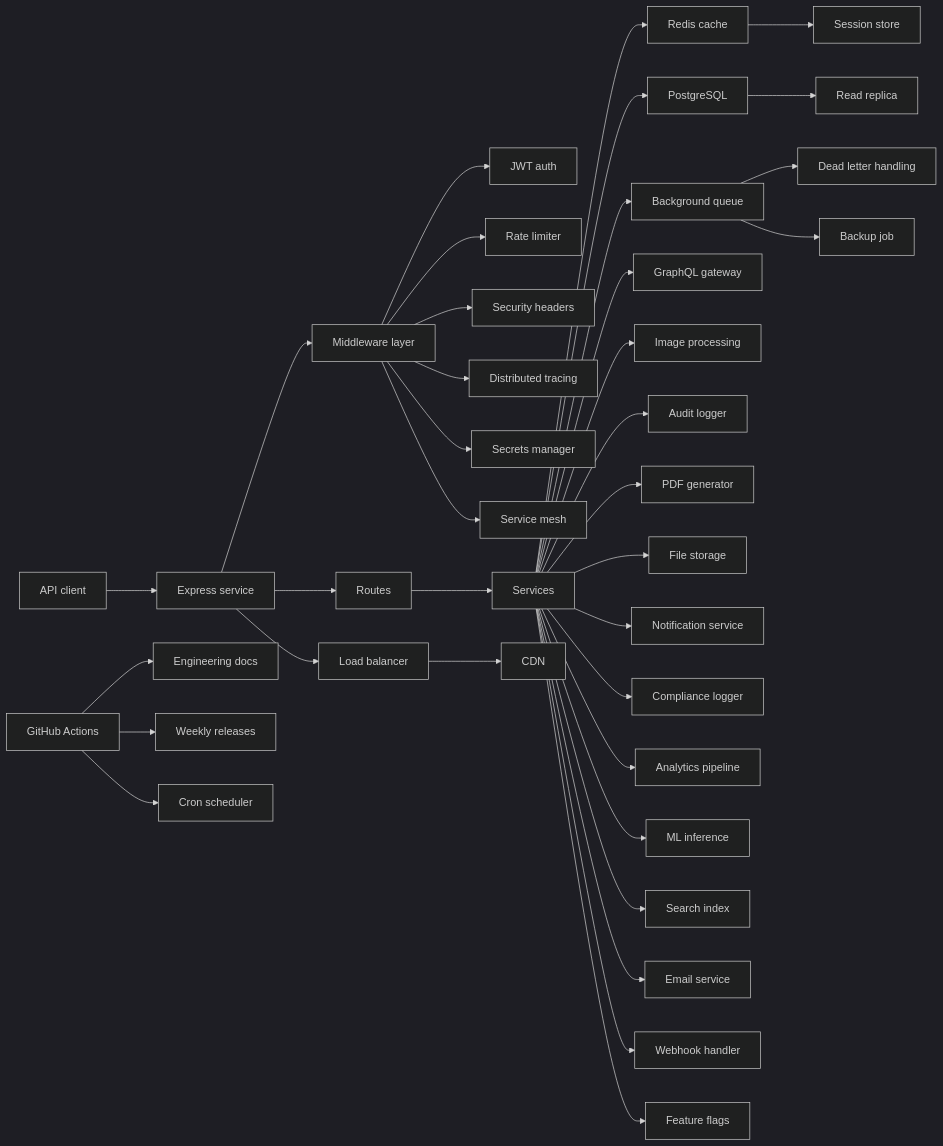
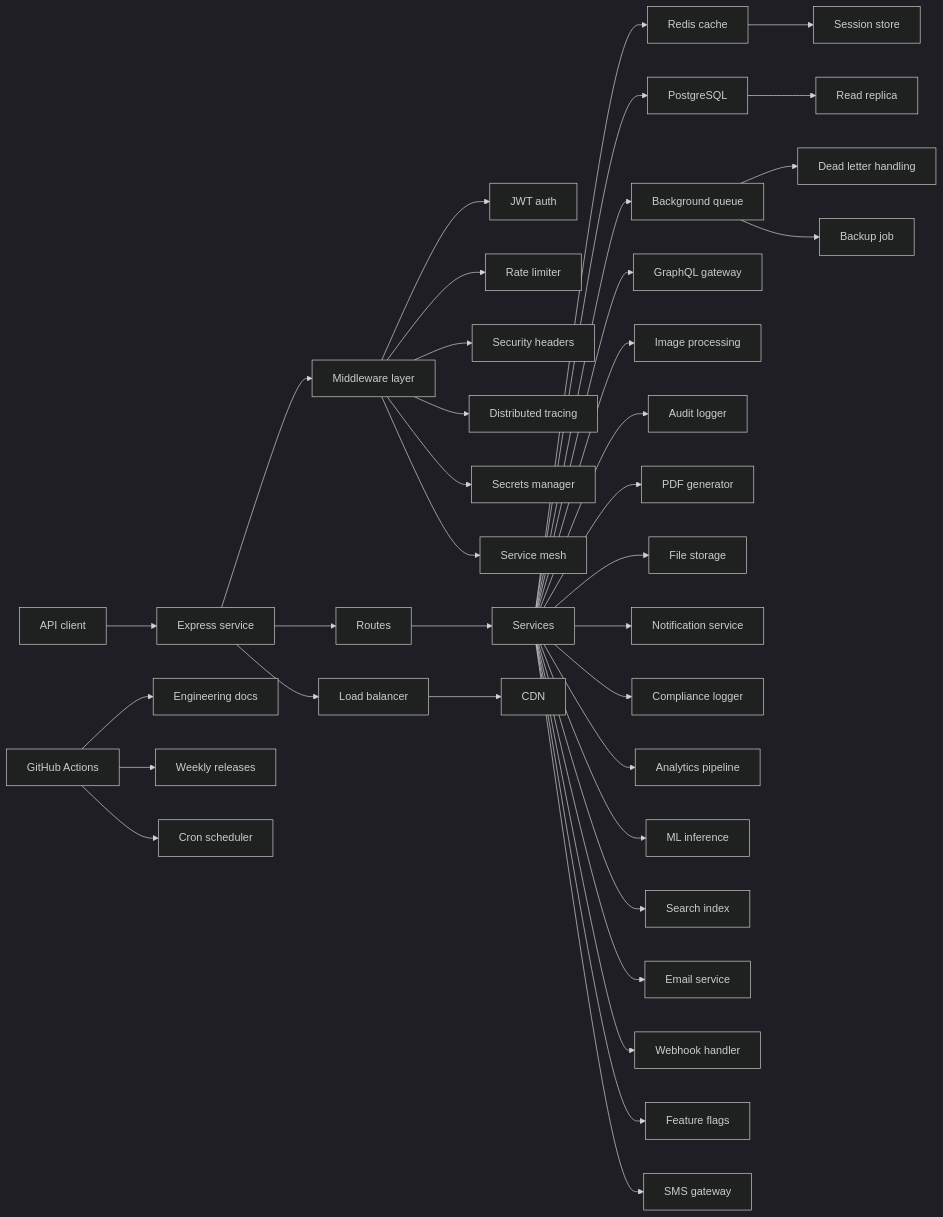
Before and after one commit to P-r-e-m-i-u-m/Aridon: the diagram in README.md, drawn with Mermaid (dark theme).

Commit message:
docs: grow system snapshot diagram 2026-07-28

````diff
--- a/README.md
+++ b/README.md
@@ -24,38 +24,39 @@
 ```mermaid
 flowchart LR
   Client["API client"] --> Express["Express service"]
   Express --> Middleware["Middleware layer"]
   Middleware --> Auth["JWT auth"]
   Middleware --> RateLimit["Rate limiter"]
   Middleware --> Security["Security headers"]
   Express --> Routes["Routes"]
   Routes --> Services["Services"]
   Services --> Redis["Redis cache"]
   Services --> Postgres["PostgreSQL"]
   Services --> Queue["Background queue"]
   Queue --> DLQ["Dead letter handling"]
   Actions["GitHub Actions"] --> Docs["Engineering docs"]
   Actions --> Releases["Weekly releases"]
   Services --> GraphqlGW["GraphQL gateway"]
   Services --> ImageProcessing["Image processing"]
   Middleware --> Tracing["Distributed tracing"]
   Actions --> CronScheduler["Cron scheduler"]
   Services --> AuditLog["Audit logger"]
   Services --> PdfGenerator["PDF generator"]
   Postgres --> ReadReplica["Read replica"]
   Services --> FileStorage["File storage"]
   Services --> Notifications["Notification service"]
   LoadBalancer --> CDN["CDN"]
   Services --> ComplianceLog["Compliance logger"]
   Middleware --> SecretsManager["Secrets manager"]
   Services --> Analytics["Analytics pipeline"]
   Services --> MLInference["ML inference"]
   Services --> SearchIndex["Search index"]
   Queue --> BackupJob["Backup job"]
   Services --> EmailService["Email service"]
   Services --> WebhookHandler["Webhook handler"]
   Middleware --> ServiceMesh["Service mesh"]
   Services --> FeatureFlags["Feature flags"]
   Express --> LoadBalancer["Load balancer"]
   Redis --> SessionStore["Session store"]
+  Services --> SmsGateway["SMS gateway"]
 ```
````
